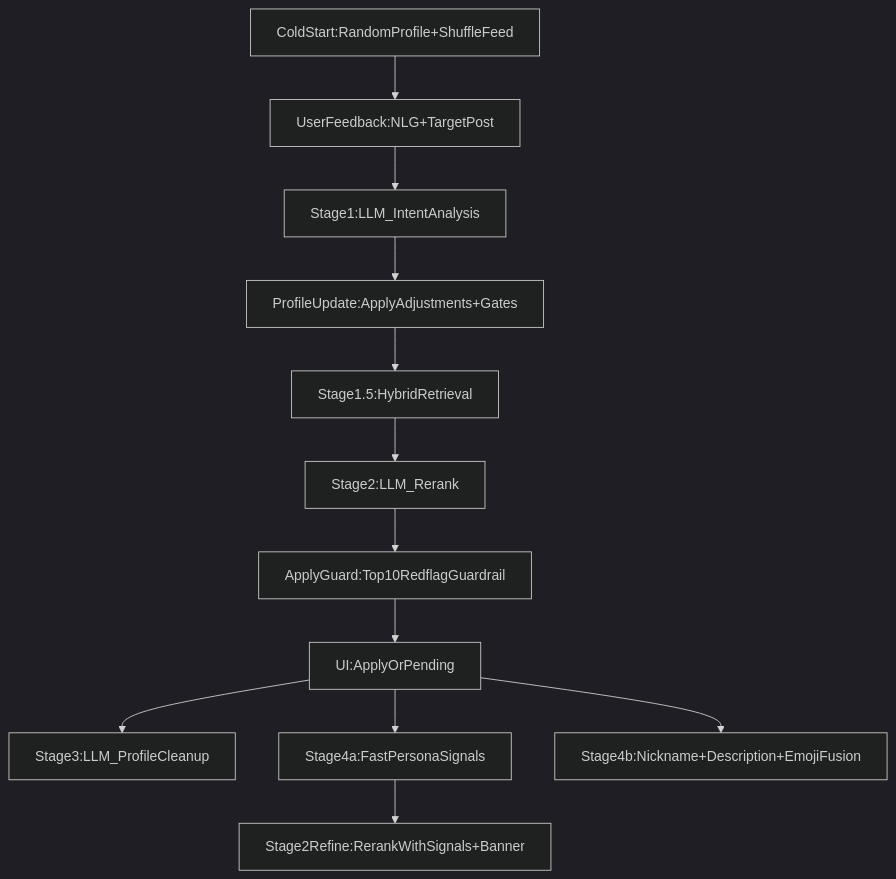
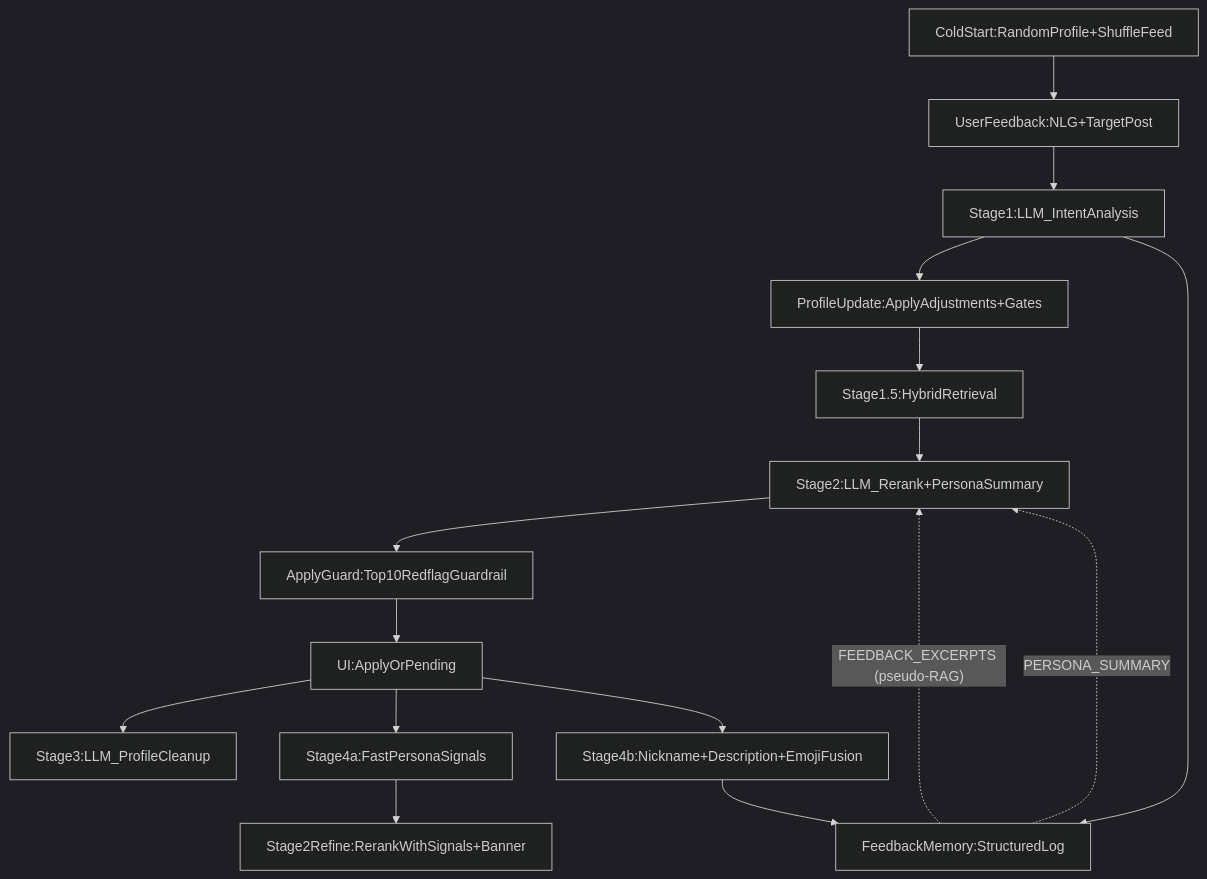
The diagram in README.md (TanChuping/LLM-Feedback-SocialMediaPushSystem), drawn with Mermaid (dark theme) before and after one commit. The commit also changed other lines of this file and 5 other files, not shown here.

First line of the commit message:
feat: feedback memory, pseudo-RAG, persona injection, prompt caching, race condition fixes

````diff
--- a/README.md
+++ b/README.md
@@ -40,14 +40,18 @@
 ```mermaid
 flowchart TD
   ColdStart[ColdStart:RandomProfile+ShuffleFeed] --> Feedback[UserFeedback:NLG+TargetPost]
   Feedback --> Stage1[Stage1:LLM_IntentAnalysis]
   Stage1 --> ProfileUpdate[ProfileUpdate:ApplyAdjustments+Gates]
+  Stage1 --> FeedbackMem[FeedbackMemory:StructuredLog]
   ProfileUpdate --> Stage15[Stage1.5:HybridRetrieval]
-  Stage15 --> Stage2[Stage2:LLM_Rerank]
+  Stage15 --> Stage2[Stage2:LLM_Rerank+PersonaSummary]
   Stage2 --> ApplyGuard[ApplyGuard:Top10RedflagGuardrail]
   ApplyGuard --> UIApply[UI:ApplyOrPending]
   UIApply --> Stage3[Stage3:LLM_ProfileCleanup]
   UIApply --> Stage4a[Stage4a:FastPersonaSignals]
   Stage4a --> Stage2Refine[Stage2Refine:RerankWithSignals+Banner]
   UIApply --> Stage4b[Stage4b:Nickname+Description+EmojiFusion]
+  Stage4b --> FeedbackMem
+  FeedbackMem -.->|"FEEDBACK_EXCERPTS (pseudo-RAG)"| Stage2
+  FeedbackMem -.->|PERSONA_SUMMARY| Stage2
 ```
````
